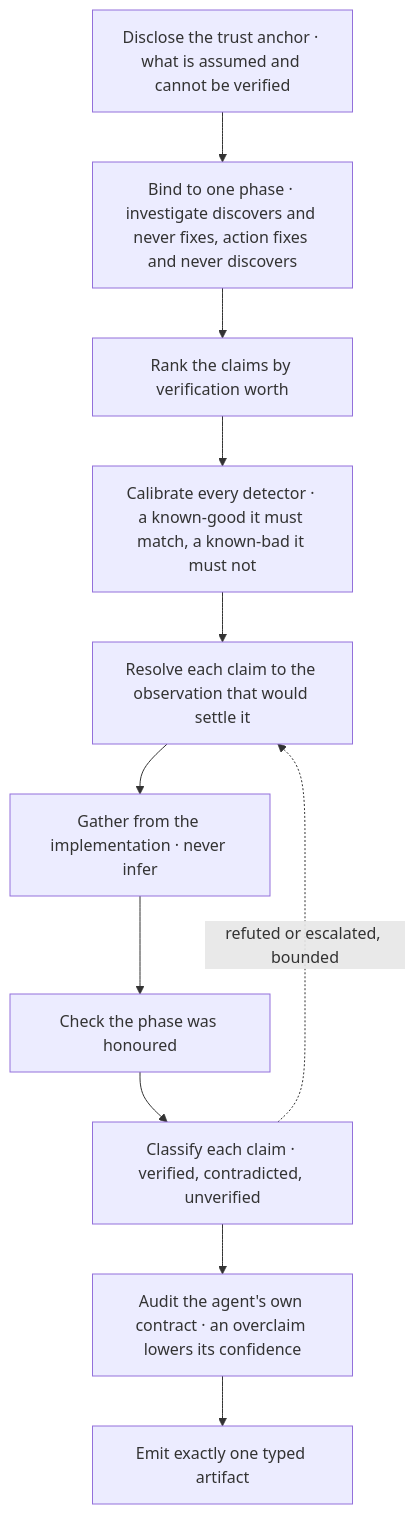
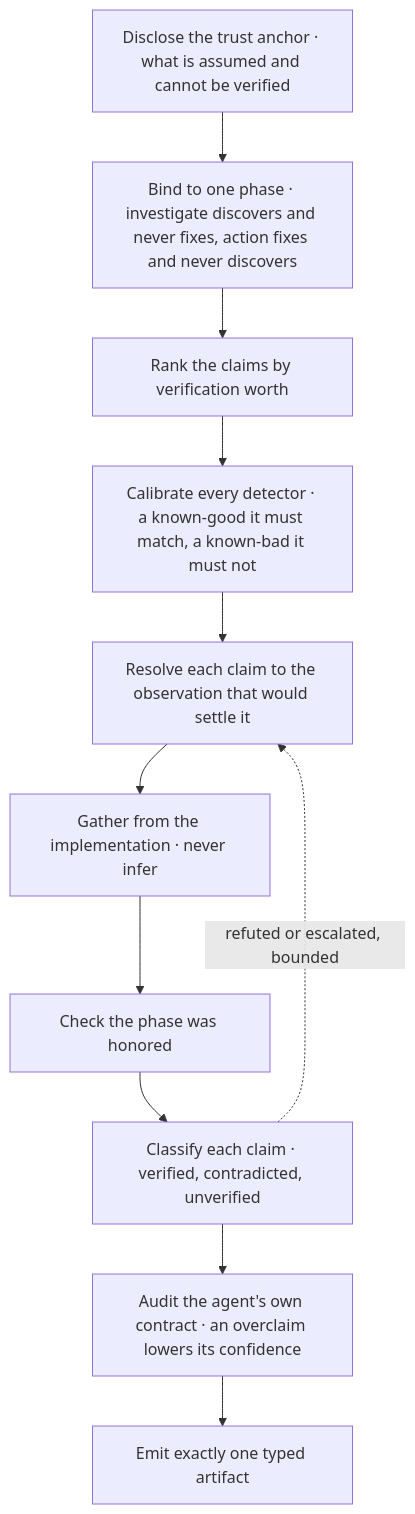
The second of 16 diagrams in COLLABORATE.md (Varietyz/Disciplined-AI-Software-Development), drawn with Mermaid before and after one commit. The commit also changed other lines of this file and 672 other files, not shown here.

````diff
--- a/COLLABORATE.md
+++ b/COLLABORATE.md
@@ -67,15 +67,15 @@
 ```mermaid
 flowchart TB
 anchor["Disclose the trust anchor · what is assumed and cannot be verified"]
 phase["Bind to one phase · investigate discovers and never fixes, action fixes and never discovers"]
 rank["Rank the claims by verification worth"]
 calibrate["Calibrate every detector · a known-good it must match, a known-bad it must not"]
 resolve["Resolve each claim to the observation that would settle it"]
 gather["Gather from the implementation · never infer"]
-admissible["Check the phase was honoured"]
+admissible["Check the phase was honored"]
 verify["Classify each claim · verified, contradicted, unverified"]
 audit["Audit the agent's own contract · an overclaim lowers its confidence"]
 artifact["Emit exactly one typed artifact"]
 anchor --> phase --> rank --> calibrate --> resolve --> gather --> admissible --> verify --> audit --> artifact
 verify -. refuted or escalated, bounded .-> resolve
 ```
````
